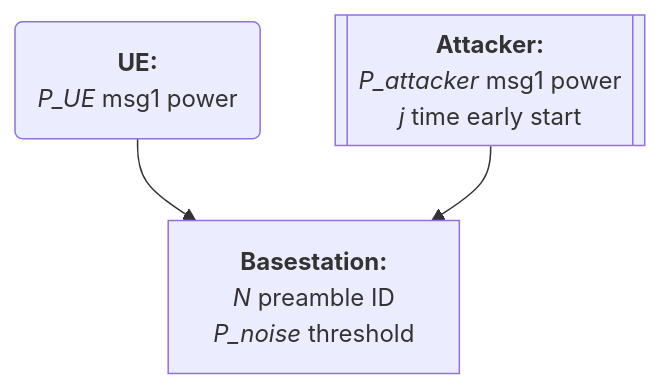
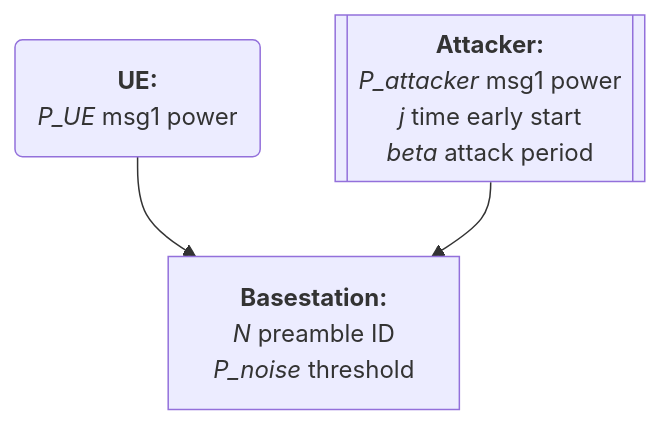
The second of 2 diagrams in docs/20250310 Thesis (Basic Msg1 Model).md (bmw-ece-ntust/wilfrid-prach-attack-analysis), drawn with Mermaid before and after one commit.

Commit message:
Update 20250310 Thesis (Basic Msg1 Model).md

````diff
--- a/docs/20250310 Thesis (Basic Msg1 Model).md
+++ b/docs/20250310 Thesis (Basic Msg1 Model).md
@@ -31,13 +31,14 @@
 ```mermaid
 flowchart TD
     A["`**Basestation:**
     *N* preamble ID
     *P_noise* threshold`"]
     B("`**UE:**
     *P_UE* msg1 power`")
     C[["`**Attacker:**
     *P_attacker* msg1 power
-    *j* time early start`"]]
+    *j* time early start
+    *beta* attack period`"]]
     B-->A
     C-->A
 ```
````
